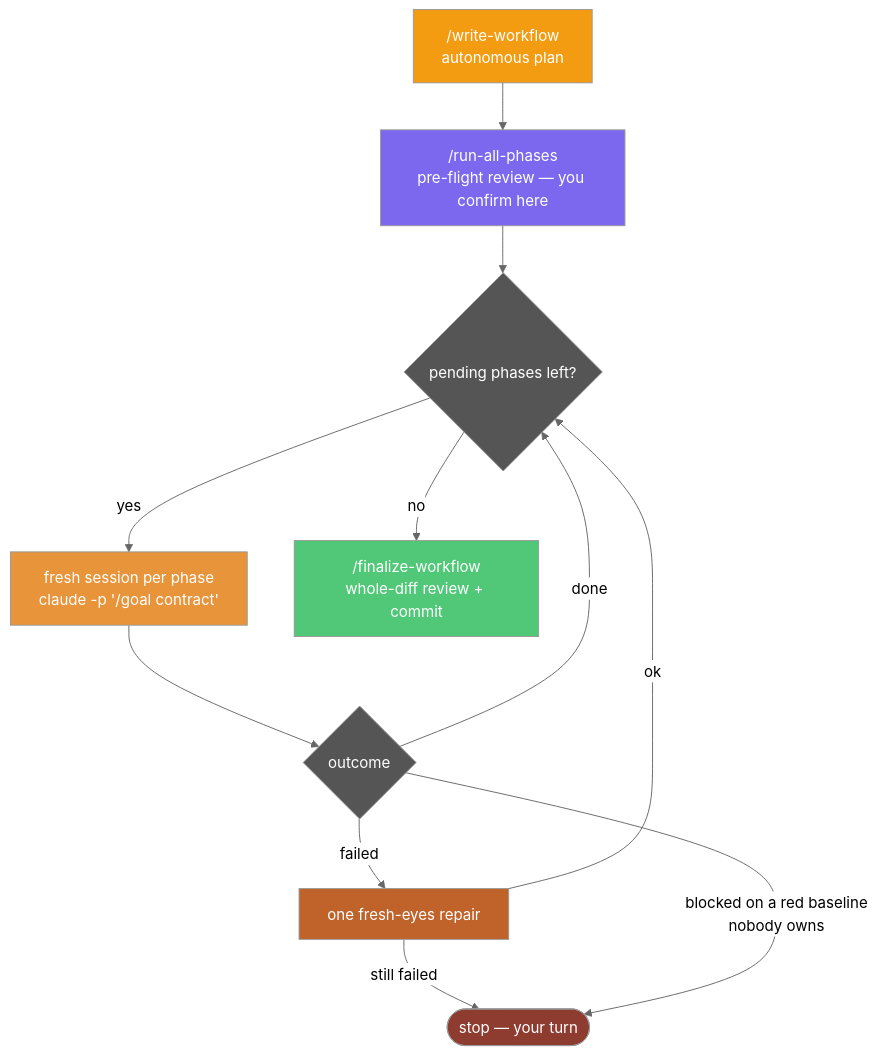
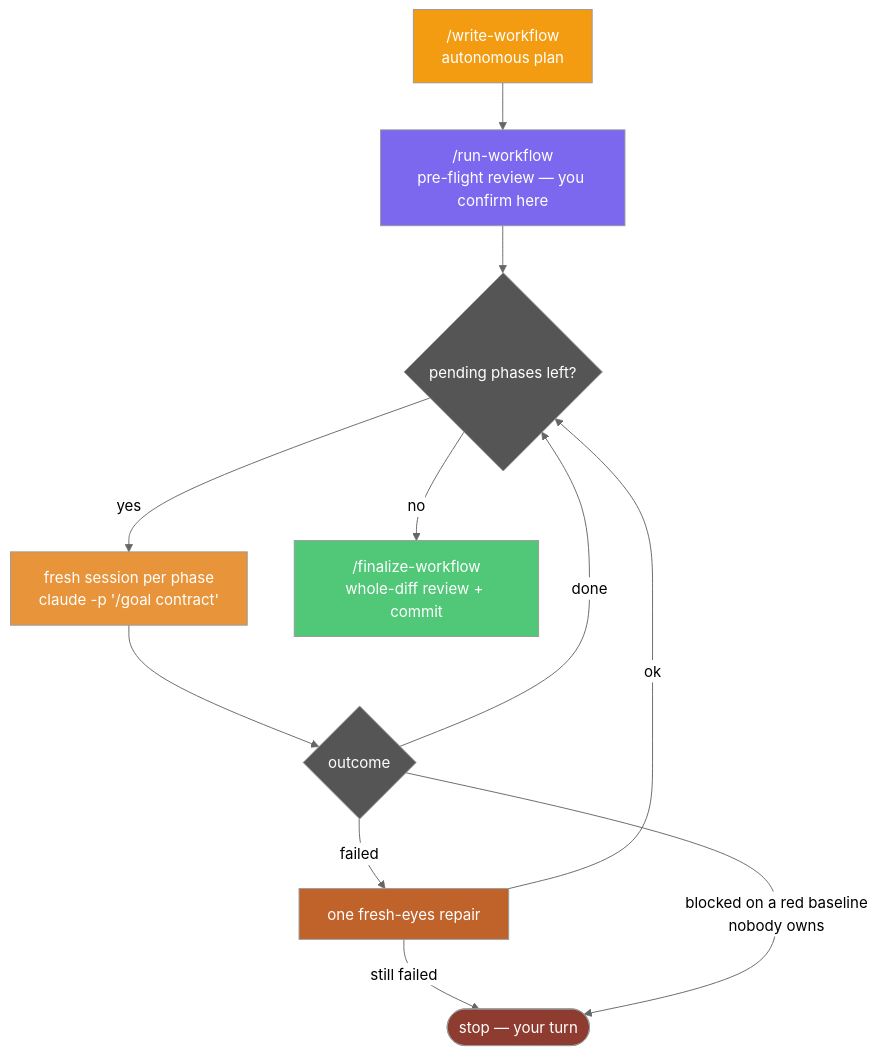
The second of 3 diagrams in README.md (fporcari/claude-phased-workflow), drawn with Mermaid (neutral theme) before and after one commit. The commit also changed other lines of this file and 30 other files, not shown here.

````diff
--- a/README.md
+++ b/README.md
@@ -43,22 +43,22 @@
 ```mermaid
 flowchart TD
-    WW2["/write-workflow<br/>autonomous plan"] --> PRE["/run-all-phases<br/>pre-flight review — you confirm here"]
+    WW2["/write-workflow<br/>autonomous plan"] --> PRE["/run-workflow<br/>pre-flight review — you confirm here"]
     PRE --> LOOP{"pending phases left?"}
     LOOP --> |yes| SESS["fresh session per phase<br/>claude -p '/goal contract'"]
     SESS --> OUT{outcome}
     OUT --> |"done"| LOOP
     OUT --> |"failed"| REP["one fresh-eyes repair"]
     REP --> |ok| LOOP
     REP --> |"still failed"| STOP(["stop — your turn"])
     OUT --> |"blocked on a red baseline<br/>nobody owns"| STOP
     LOOP --> |no| FW2["/finalize-workflow<br/>whole-diff review + commit"]
 
     style WW2 fill:#f39c12,color:#fff
     style PRE fill:#7b68ee,color:#fff
     style SESS fill:#e8943a,color:#fff
     style REP fill:#c0632b,color:#fff
     style FW2 fill:#50c878,color:#fff
     style STOP fill:#8e3b30,color:#fff
     style OUT fill:#555,color:#fff
     style LOOP fill:#555,color:#fff
 ```
````
